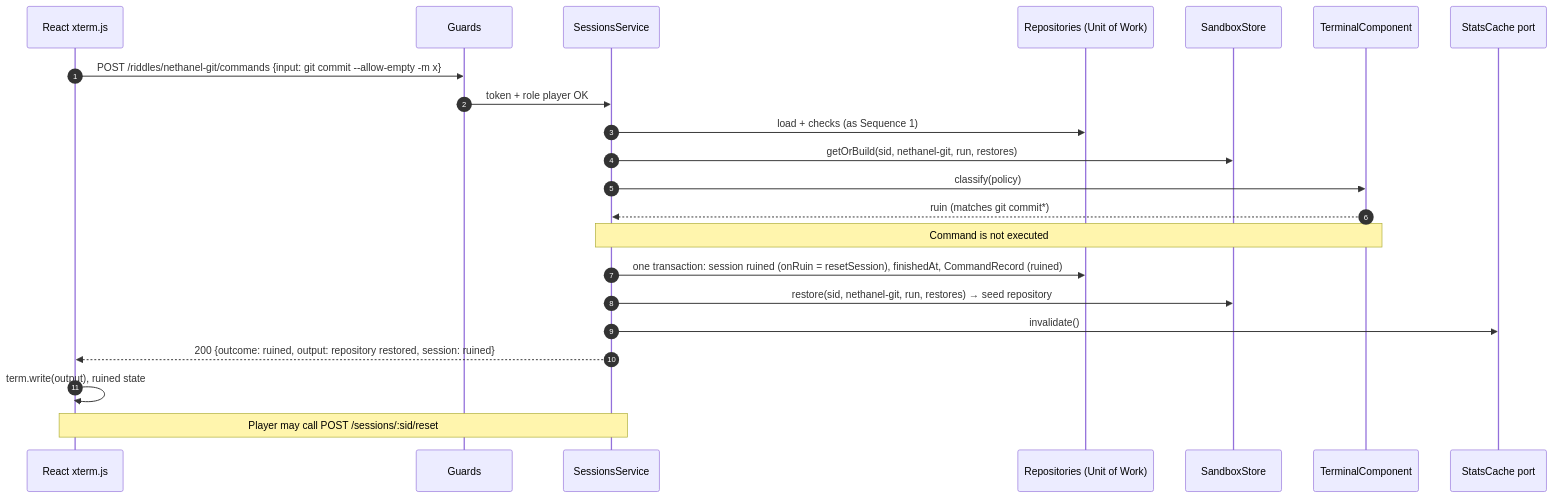
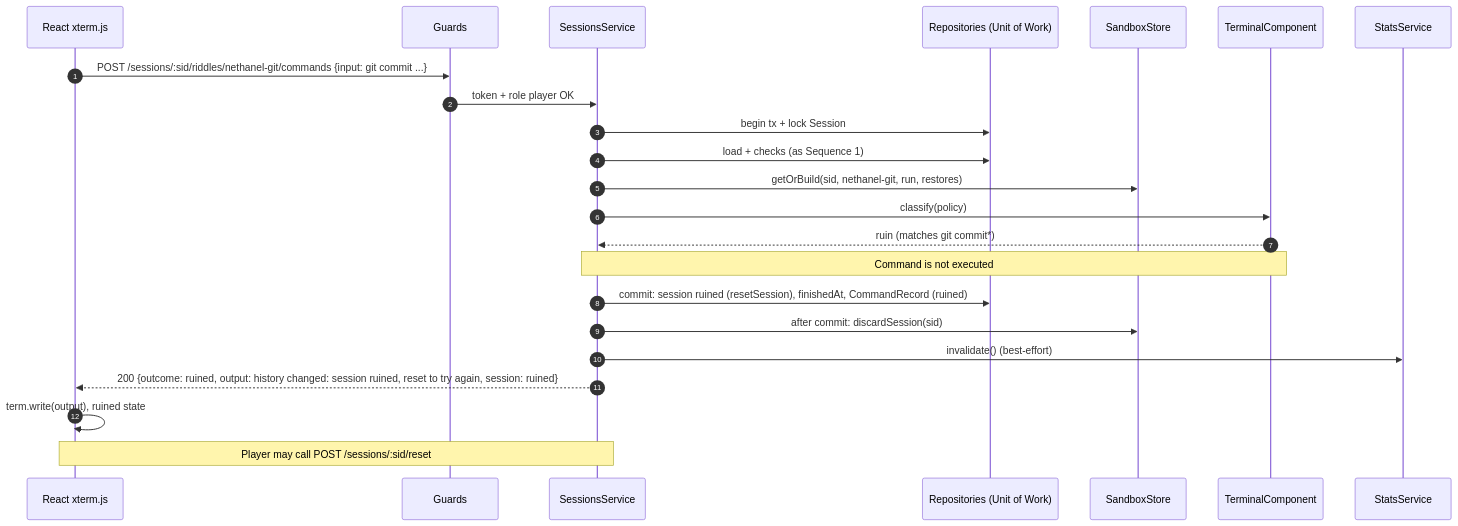
Before and after one commit to edenbuky/escapeRoom: the seventh of 9 diagrams in DESIGN.md, drawn with Mermaid. The commit also changed other lines of this file, not shown here.

First line of the commit message:
Specify the command pipeline, outcomes, and session lifecycle.

````diff
--- a/DESIGN.md
+++ b/DESIGN.md
@@ -698,25 +744,26 @@
 ```mermaid
 sequenceDiagram
   autonumber
   participant UI as React xterm.js
   participant Auth as Guards
   participant Svc as SessionsService
   participant Repo as Repositories (Unit of Work)
   participant Store as SandboxStore
   participant Git as TerminalComponent
-  participant Stats as StatsCache port
+  participant Stats as StatsService
 
-  UI->>Auth: POST /riddles/nethanel-git/commands {input: git commit --allow-empty -m x}
+  UI->>Auth: POST /sessions/:sid/riddles/nethanel-git/commands {input: git commit ...}
   Auth->>Svc: token + role player OK
+  Svc->>Repo: begin tx + lock Session
   Svc->>Repo: load + checks (as Sequence 1)
   Svc->>Store: getOrBuild(sid, nethanel-git, run, restores)
   Svc->>Git: classify(policy)
   Git-->>Svc: ruin (matches git commit*)
   Note over Svc,Git: Command is not executed
-  Svc->>Repo: one transaction: session ruined (onRuin = resetSession), finishedAt, CommandRecord (ruined)
-  Svc->>Store: restore(sid, nethanel-git, run, restores) → seed repository
-  Svc->>Stats: invalidate()
-  Svc-->>UI: 200 {outcome: ruined, output: repository restored, session: ruined}
+  Svc->>Repo: commit: session ruined (resetSession), finishedAt, CommandRecord (ruined)
+  Svc->>Store: after commit: discardSession(sid)
+  Svc->>Stats: invalidate() (best-effort)
+  Svc-->>UI: 200 {outcome: ruined, output: history changed: session ruined, reset to try again, session: ruined}
   UI->>UI: term.write(output), ruined state
   Note over UI,Svc: Player may call POST /sessions/:sid/reset
 ```
````
